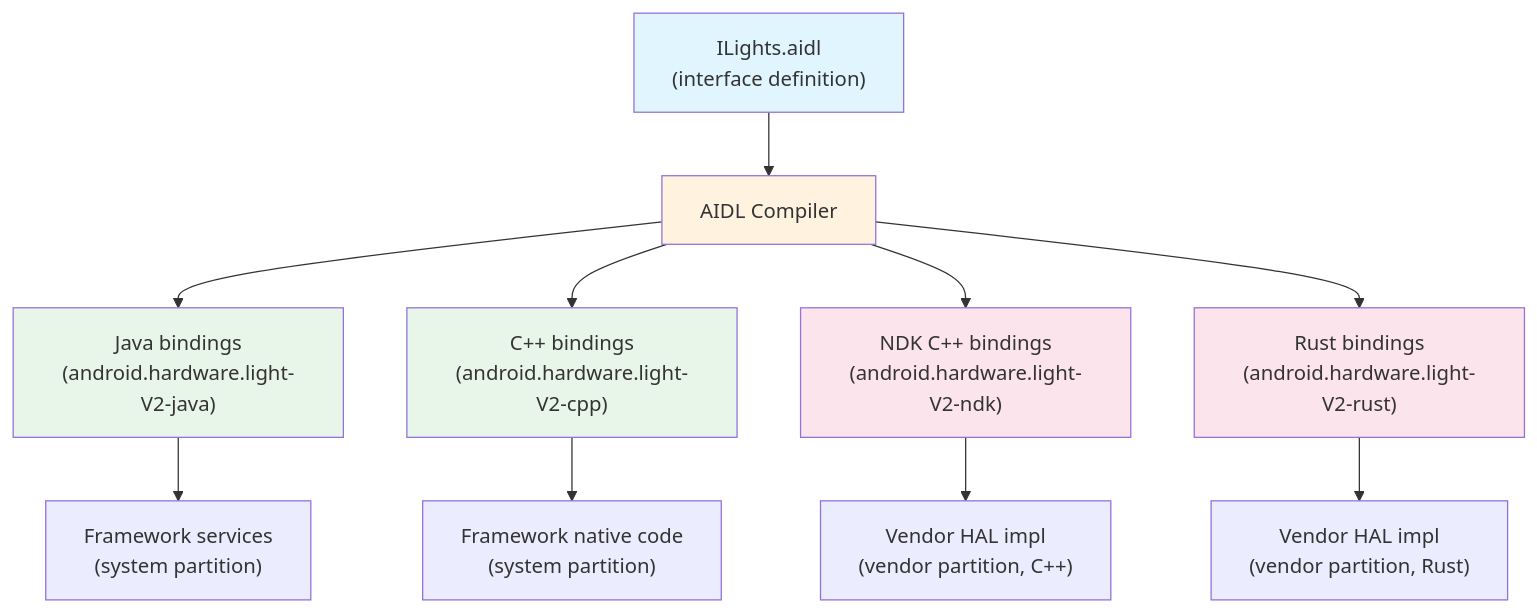
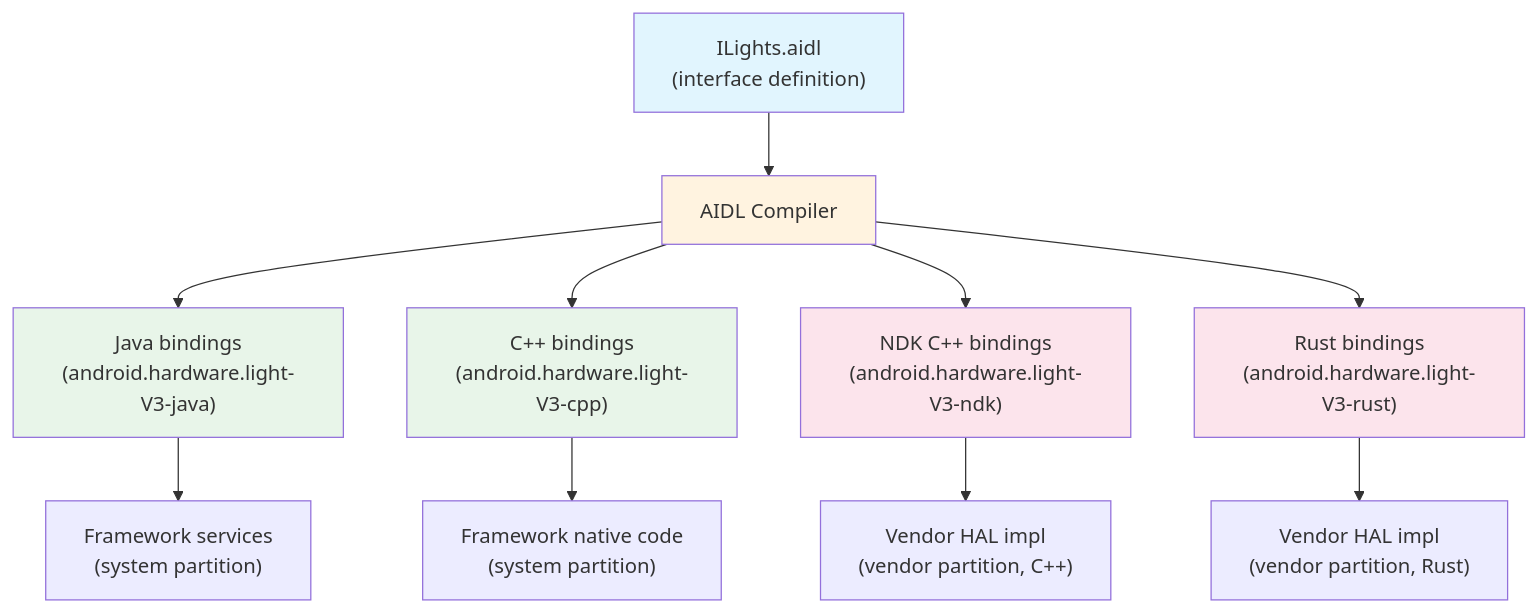
One commit to aospbooks/aosp-internal-book changed diagram 15 of 28 in 10-hal.md. Above: the diagram before and after it, drawn with Mermaid. The commit also changed other lines of this file and 68 other files, not shown here.

````diff
--- a/10-hal.md
+++ b/10-hal.md
@@ -2582,20 +2626,20 @@
 ```mermaid
 graph TD
     A["ILights.aidl<br/>(interface definition)"] --> B["AIDL Compiler"]
-    B --> C["Java bindings<br/>(android.hardware.light-V2-java)"]
-    B --> D["C++ bindings<br/>(android.hardware.light-V2-cpp)"]
-    B --> E["NDK C++ bindings<br/>(android.hardware.light-V2-ndk)"]
-    B --> F["Rust bindings<br/>(android.hardware.light-V2-rust)"]
+    B --> C["Java bindings<br/>(android.hardware.light-V3-java)"]
+    B --> D["C++ bindings<br/>(android.hardware.light-V3-cpp)"]
+    B --> E["NDK C++ bindings<br/>(android.hardware.light-V3-ndk)"]
+    B --> F["Rust bindings<br/>(android.hardware.light-V3-rust)"]
 
     C --> G["Framework services<br/>(system partition)"]
     D --> H["Framework native code<br/>(system partition)"]
     E --> I["Vendor HAL impl<br/>(vendor partition, C++)"]
     F --> J["Vendor HAL impl<br/>(vendor partition, Rust)"]
 
     style A fill:#e1f5fe
     style B fill:#fff3e0
     style C fill:#e8f5e9
     style D fill:#e8f5e9
     style E fill:#fce4ec
     style F fill:#fce4ec
 ```
````
